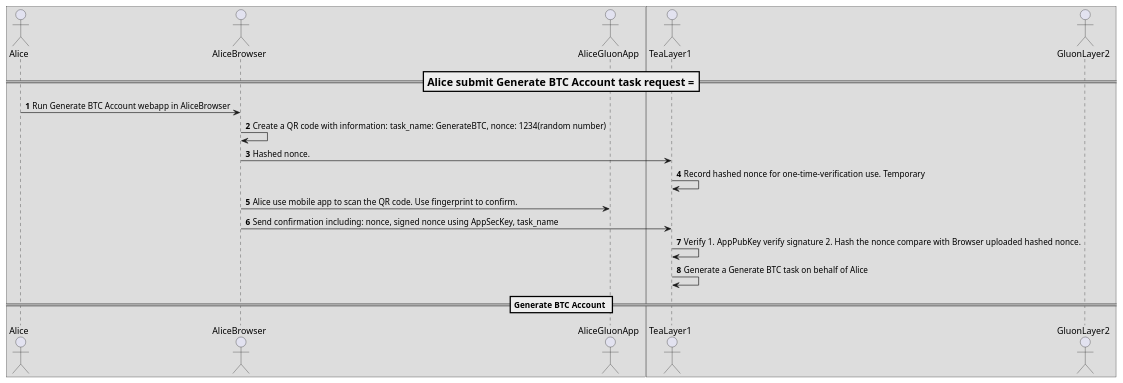
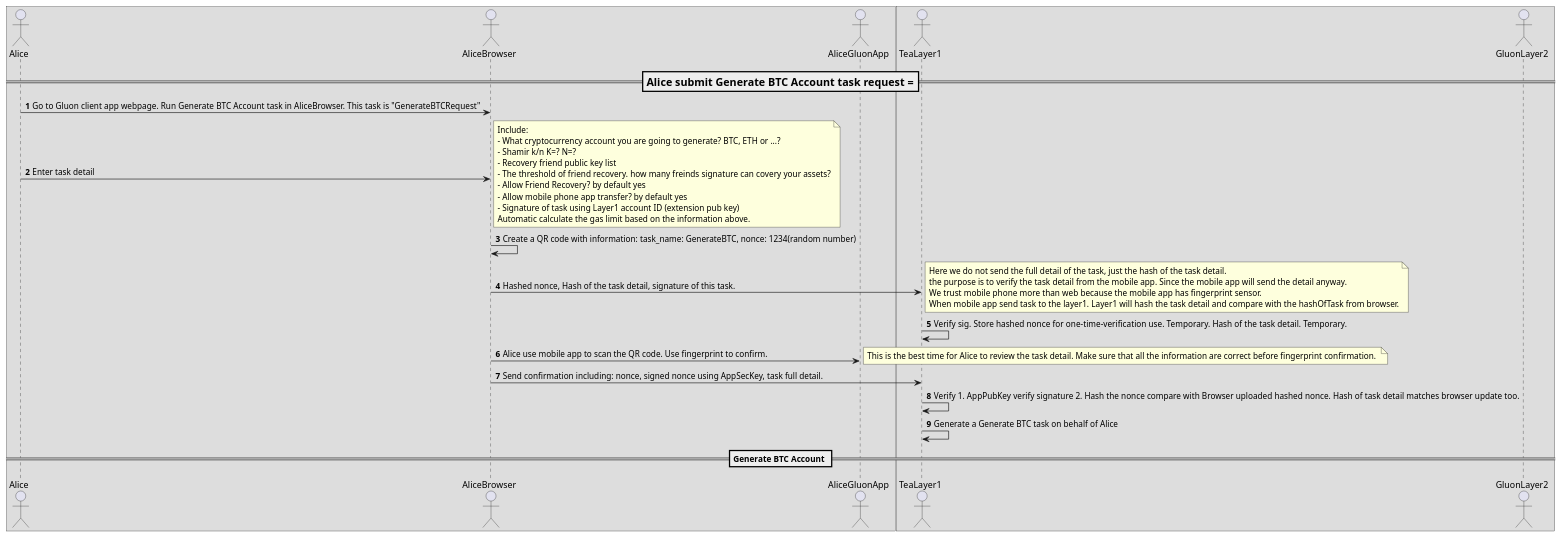
Before and after one commit to tearust/gluon-docs: the second of 4 diagrams in Design/Key_management_design.md, drawn with PlantUML. The commit also changed other lines of this file, not shown here.

````diff
--- a/Design/Key_management_design.md
+++ b/Design/Key_management_design.md
@@ -117,26 +132,57 @@
 ```puml
 @startuml
 autonumber
 box
 actor Alice
 actor AliceBrowser
 actor AliceGluonApp
 endbox
 box
 actor TeaLayer1
 actor GluonLayer2
 endbox
 === Alice submit Generate BTC Account task request ===
-Alice -> AliceBrowser: Run Generate BTC Account webapp in AliceBrowser
+
+Alice -> AliceBrowser: Go to Gluon client app webpage. Run Generate BTC Account task in AliceBrowser. This task is "GenerateBTCRequest"
+Alice -> AliceBrowser: Enter task detail
+note right
+Include:
+- What cryptocurrency account you are going to generate? BTC, ETH or ...?
+- Shamir k/n K=? N=?
+- Recovery friend public key list
+- The threshold of friend recovery. how many freinds signature can covery your assets?
+- Allow Friend Recovery? by default yes
+- Allow mobile phone app transfer? by default yes
+- Signature of task using Layer1 account ID (extension pub key)
+Automatic calculate the gas limit based on the information above.
+end note
+
 AliceBrowser -> AliceBrowser: Create a QR code with information: task_name: GenerateBTC, nonce: 1234(random number)
-AliceBrowser -> TeaLayer1: Hashed nonce.
-TeaLayer1 -> TeaLayer1: Record hashed nonce for one-time-verification use. Temporary
+
+AliceBrowser -> TeaLayer1: Hashed nonce, Hash of the task detail, signature of this task.
+note right
+Here we do not send the full detail of the task, just the hash of the task detail.
+the purpose is to verify the task detail from the mobile app. Since the mobile app will send the detail anyway.
+We trust mobile phone more than web because the mobile app has fingerprint sensor.
+When mobile app send task to the layer1. Layer1 will hash the task detail and compare with the hashOfTask from browser.
+end note
+
+TeaLayer1 -> TeaLayer1: Verify sig. Store hashed nonce for one-time-verification use. Temporary. Hash of the task detail. Temporary.
+
 AliceGluonApp <- AliceBrowser: Alice use mobile app to scan the QR code. Use fingerprint to confirm.
-AliceBrowser -> TeaLayer1: Send confirmation including: nonce, signed nonce using AppSecKey, task_name
-TeaLayer1 -> TeaLayer1: Verify 1. AppPubKey verify signature 2. Hash the nonce compare with Browser uploaded hashed nonce.
+note right
+This is the best time for Alice to review the task detail. Make sure that all the information are correct before fingerprint confirmation. 
+end note
+
+AliceBrowser -> TeaLayer1: Send confirmation including: nonce, signed nonce using AppSecKey, task full detail.
+
+TeaLayer1 -> TeaLayer1: Verify 1. AppPubKey verify signature 2. Hash the nonce compare with Browser uploaded hashed nonce. Hash of task detail matches browser update too.
+
 TeaLayer1 -> TeaLayer1: Generate a Generate BTC task on behalf of Alice
+
 == Generate BTC Account ==
+
 
 
 @enduml
 ```
````
